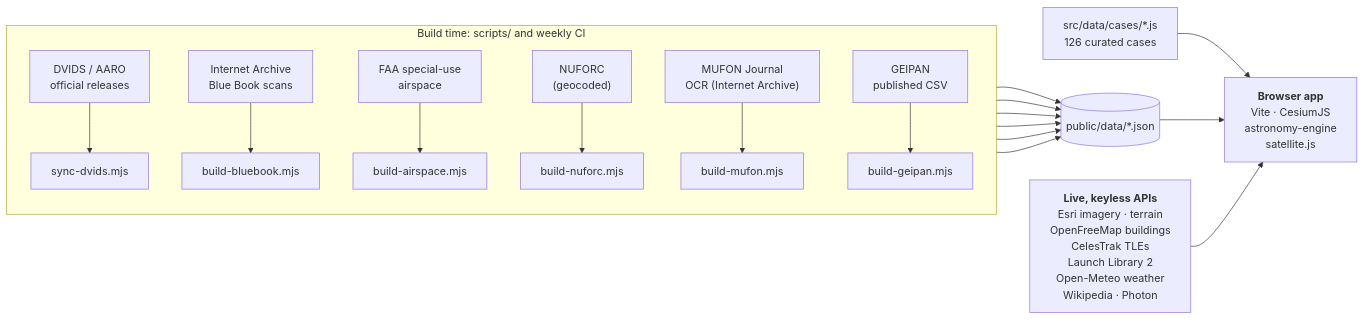
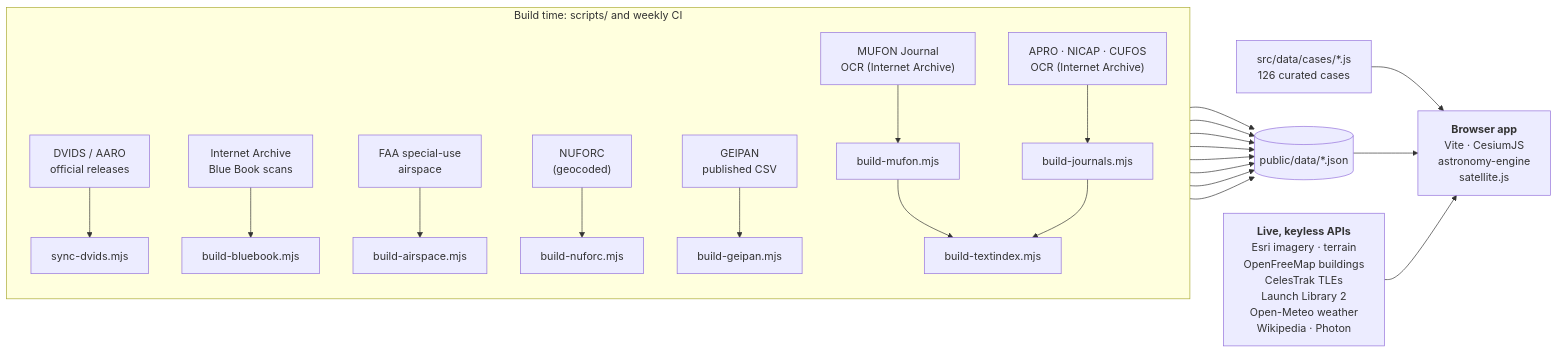
Before and after one commit to domw99/Gods-Eye-UAPs: the diagram in README.md, drawn with Mermaid. The commit also changed other lines of this file and 5 other files, not shown here.

````diff
--- a/README.md
+++ b/README.md
@@ -234,16 +269,18 @@
 ```mermaid
 flowchart LR
   subgraph build["Build time: scripts/ and weekly CI"]
     direction TB
     DVIDS["DVIDS / AARO<br/>official releases"] --> S1["sync-dvids.mjs"]
     IA["Internet Archive<br/>Blue Book scans"] --> S2["build-bluebook.mjs"]
     FAA["FAA special-use<br/>airspace"] --> S3["build-airspace.mjs"]
     NUF["NUFORC<br/>(geocoded)"] --> S4["build-nuforc.mjs"]
     MUF["MUFON Journal<br/>OCR (Internet Archive)"] --> S5["build-mufon.mjs"]
     GEI["GEIPAN<br/>published CSV"] --> S6["build-geipan.mjs"]
+    ARC["APRO · NICAP · CUFOS<br/>OCR (Internet Archive)"] --> S7["build-journals.mjs"]
+    S5 & S7 --> S8["build-textindex.mjs"]
   end
-  S1 & S2 & S3 & S4 & S5 & S6 --> DATA[("public/data/*.json")]
+  S1 & S2 & S3 & S4 & S5 & S6 & S7 & S8 --> DATA[("public/data/*.json")]
   CASES["src/data/cases/*.js<br/>126 curated cases"] --> APP
   DATA --> APP["<b>Browser app</b><br/>Vite · CesiumJS<br/>astronomy-engine<br/>satellite.js"]
   LIVE["<b>Live, keyless APIs</b><br/>Esri imagery · terrain<br/>OpenFreeMap buildings<br/>CelesTrak TLEs<br/>Launch Library 2<br/>Open-Meteo weather<br/>Wikipedia · Photon"] --> APP
 ```
````
